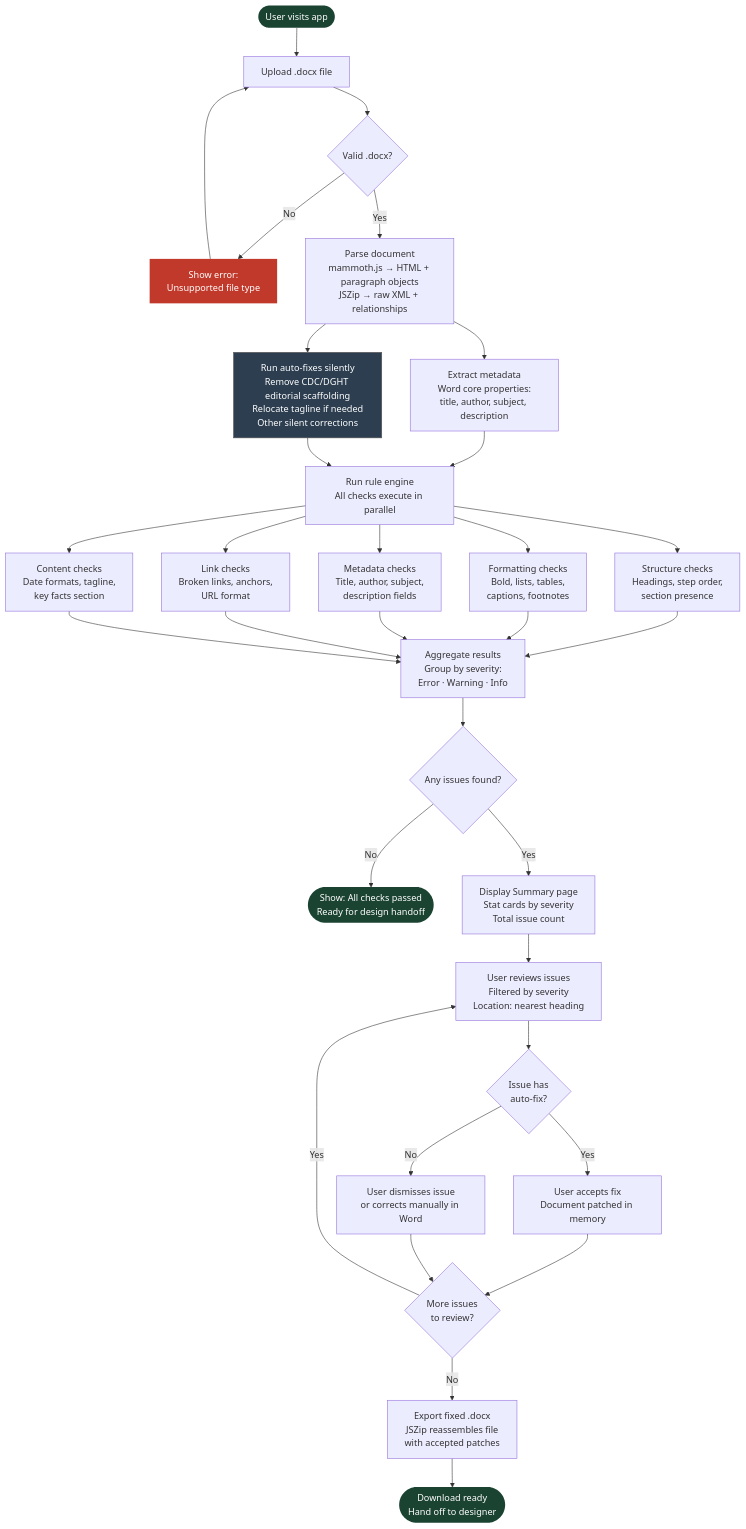
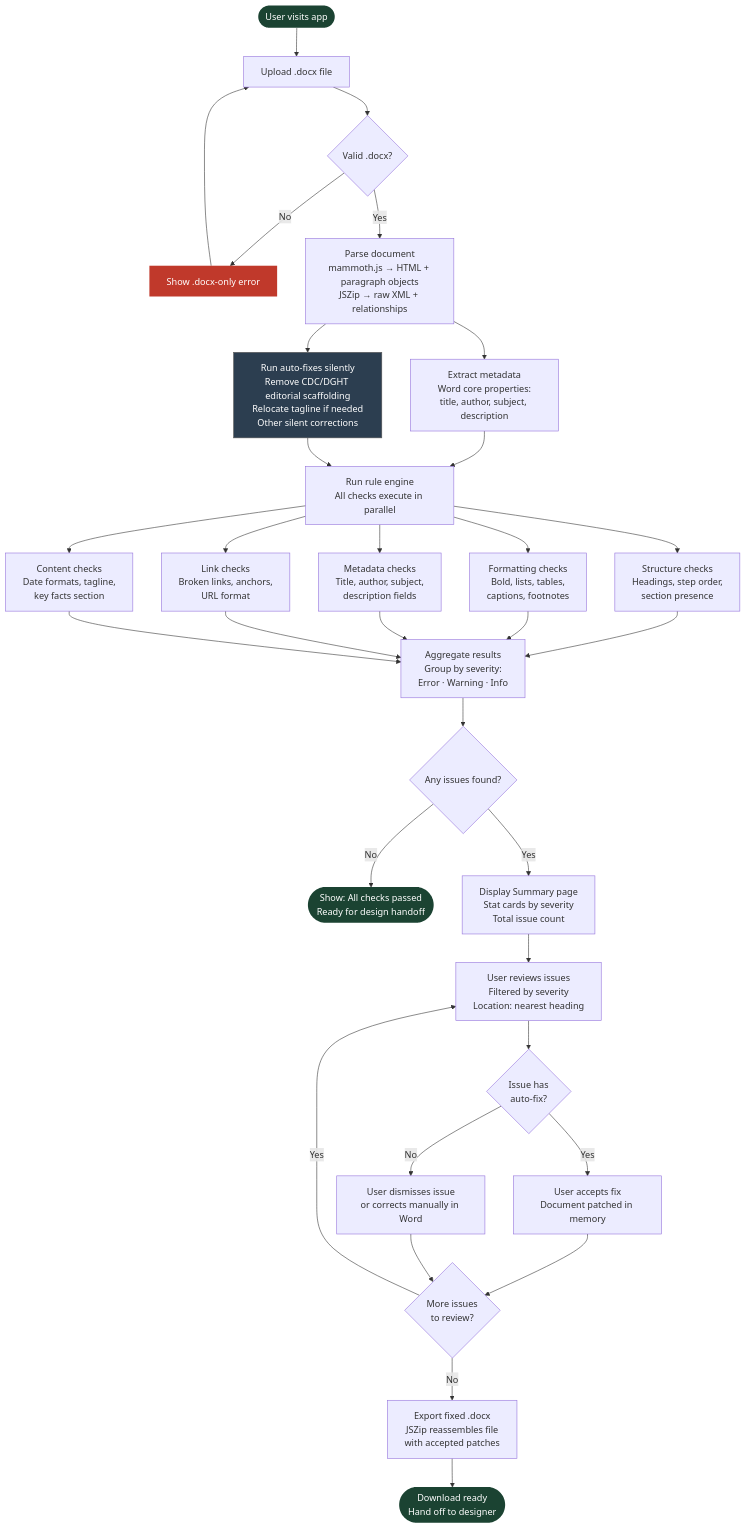
One commit to agilesix/nofo-design-prep-checker changed the diagram in docs/workflow.mermaid. Above: the diagram before and after it, drawn with Mermaid.

```diff
--- a/docs/workflow.mermaid
+++ b/docs/workflow.mermaid
@@ -1,52 +1,52 @@
 flowchart TD
     A([User visits app]) --> B[Upload .docx file]
     B --> C{Valid .docx?}
-    C -- No --> D[Show error:\nUnsupported file type]
+    C -- No --> D[Show .docx-only error]
     D --> B
 
     C -- Yes --> E[Parse document\nmammoth.js → HTML + paragraph objects\nJSZip → raw XML + relationships]
 
     E --> F[Extract metadata\nWord core properties:\ntitle, author, subject, description]
 
     E --> G[Run auto-fixes silently\nRemove CDC/DGHT editorial scaffolding\nRelocate tagline if needed\nOther silent corrections]
 
     F --> H
     G --> H
 
     H[Run rule engine\nAll checks execute in parallel]
 
     H --> H1[Structure checks\nHeadings, step order,\nsection presence]
     H --> H2[Formatting checks\nBold, lists, tables,\ncaptions, footnotes]
     H --> H3[Metadata checks\nTitle, author, subject,\ndescription fields]
     H --> H4[Link checks\nBroken links, anchors,\nURL format]
     H --> H5[Content checks\nDate formats, tagline,\nkey facts section]
 
     H1 & H2 & H3 & H4 & H5 --> I[Aggregate results\nGroup by severity:\nError · Warning · Info]
 
     I --> J{Any issues found?}
 
     J -- No --> K([Show: All checks passed\nReady for design handoff])
 
     J -- Yes --> L[Display Summary page\nStat cards by severity\nTotal issue count]
 
     L --> M[User reviews issues\nFiltered by severity\nLocation: nearest heading]
 
     M --> N{Issue has\nauto-fix?}
 
     N -- Yes --> O[User accepts fix\nDocument patched in memory]
     N -- No --> P[User dismisses issue\nor corrects manually in Word]
 
     O --> Q
     P --> Q
 
     Q{More issues\nto review?}
     Q -- Yes --> M
     Q -- No --> R[Export fixed .docx\nJSZip reassembles file\nwith accepted patches]
 
     R --> S([Download ready\nHand off to designer])
 
     style A fill:#1b4332,color:#fff,stroke:none
     style S fill:#1b4332,color:#fff,stroke:none
     style K fill:#1b4332,color:#fff,stroke:none
     style D fill:#c0392b,color:#fff,stroke:none
     style G fill:#2c3e50,color:#fff,stroke:#555
```
